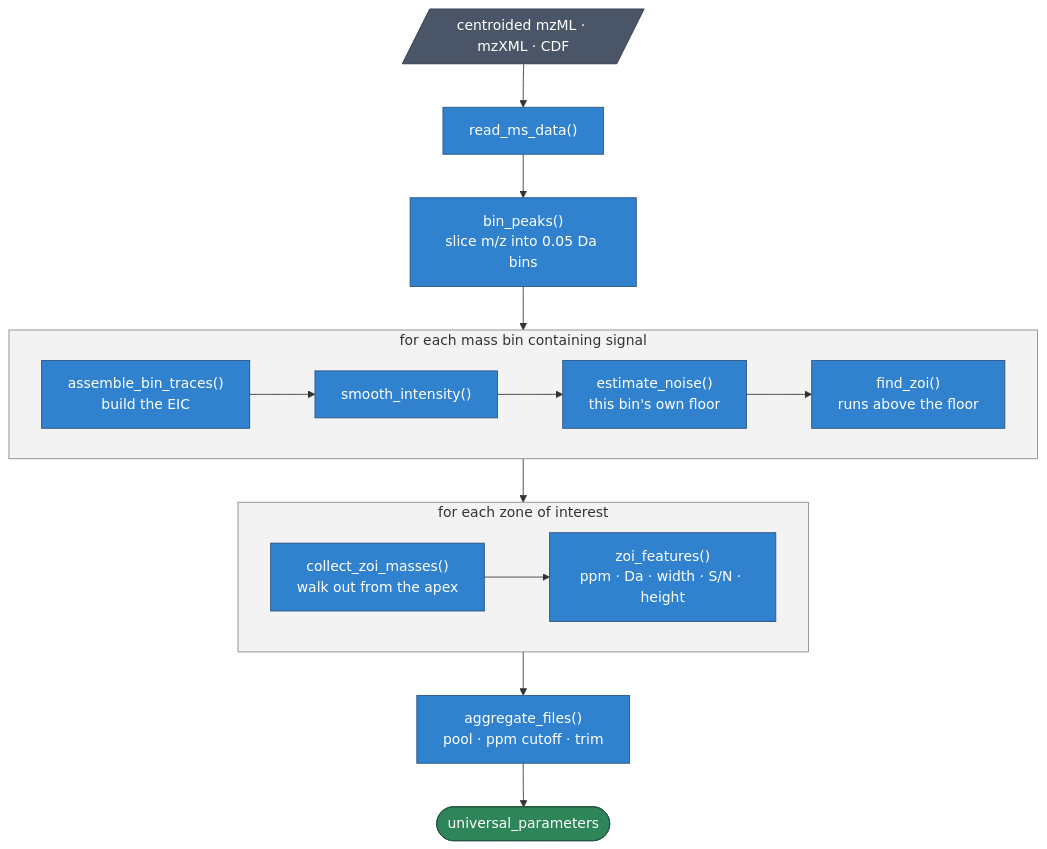
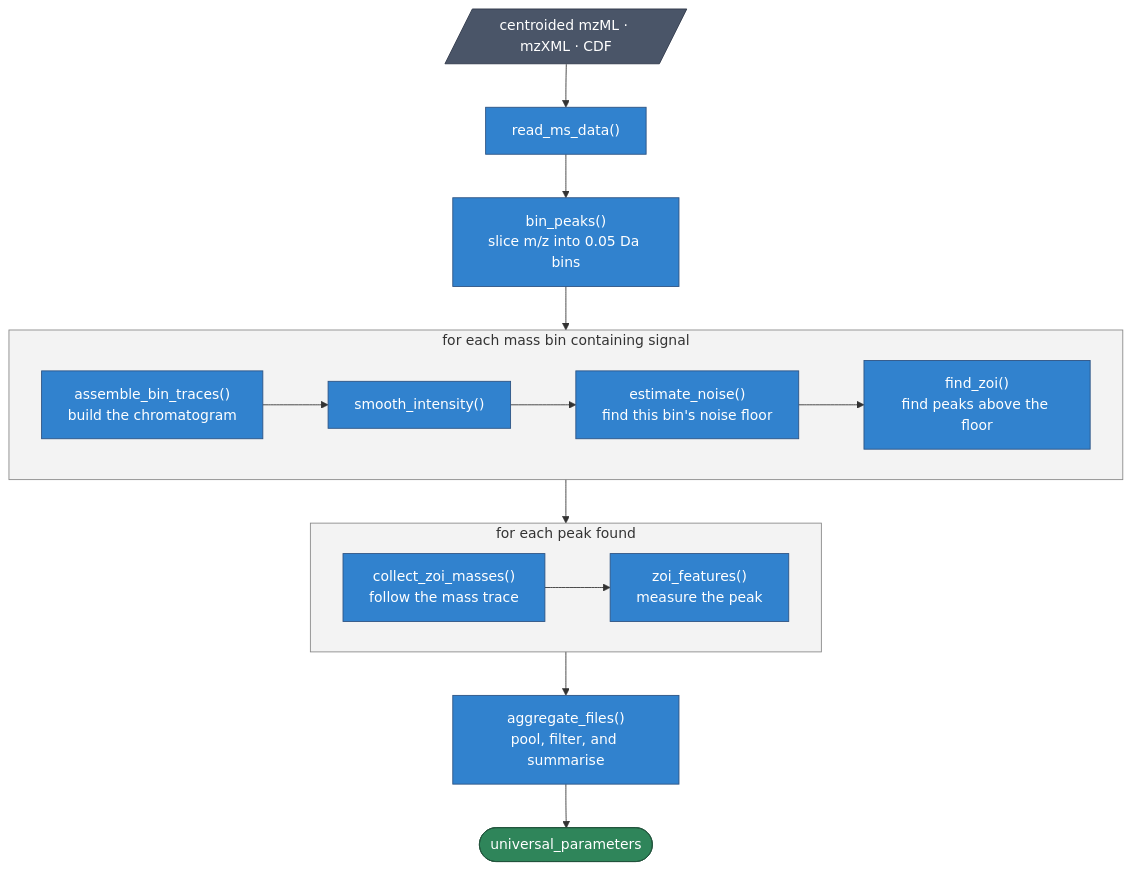
One commit to wmoldham/paramounter changed the diagram in README.md. Above: the diagram before and after it, drawn with Mermaid. The commit also changed other lines of this file and 1 other file, not shown here.

````diff
--- a/README.md
+++ b/README.md
@@ -64,36 +45,36 @@
 ```mermaid
 flowchart TD
     RAW[/"centroided mzML · mzXML · CDF"/] --> READ["read_ms_data()"]
     READ --> BIN["bin_peaks()<br/>slice m/z into 0.05 Da bins"]
 
     subgraph PERBIN ["for each mass bin containing signal"]
         direction LR
-        EIC["assemble_bin_traces()<br/>build the EIC"]
+        EIC["assemble_bin_traces()<br/>build the chromatogram"]
         SM["smooth_intensity()"]
-        NOISE["estimate_noise()<br/>this bin's own floor"]
-        ZOI["find_zoi()<br/>runs above the floor"]
+        NOISE["estimate_noise()<br/>find this bin's noise floor"]
+        ZOI["find_zoi()<br/>find peaks above the floor"]
         EIC --> SM --> NOISE --> ZOI
     end
 
     BIN --> EIC
 
-    subgraph PERZOI ["for each zone of interest"]
+    subgraph PERZOI ["for each peak found"]
         direction LR
-        WALK["collect_zoi_masses()<br/>walk out from the apex"]
-        FEAT["zoi_features()<br/>ppm · Da · width · S/N · height"]
+        WALK["collect_zoi_masses()<br/>follow the mass trace"]
+        FEAT["zoi_features()<br/>measure the peak"]
         WALK --> FEAT
     end
 
     ZOI --> WALK
-    FEAT --> AGG["aggregate_files()<br/>pool · ppm cutoff · trim"]
+    FEAT --> AGG["aggregate_files()<br/>pool, filter, and summarise"]
     AGG --> UP(["universal_parameters"])
 
     classDef io fill:#4a5568,stroke:#2d3748,color:#ffffff
     classDef step fill:#3182ce,stroke:#2c5282,color:#ffffff
     classDef out fill:#2f855a,stroke:#22543d,color:#ffffff
     class RAW io
     class READ,BIN,EIC,SM,NOISE,ZOI,WALK,FEAT,AGG step
     class UP out
     style PERBIN fill:#8888881a,stroke:#888888
     style PERZOI fill:#8888881a,stroke:#888888
 ```
````
